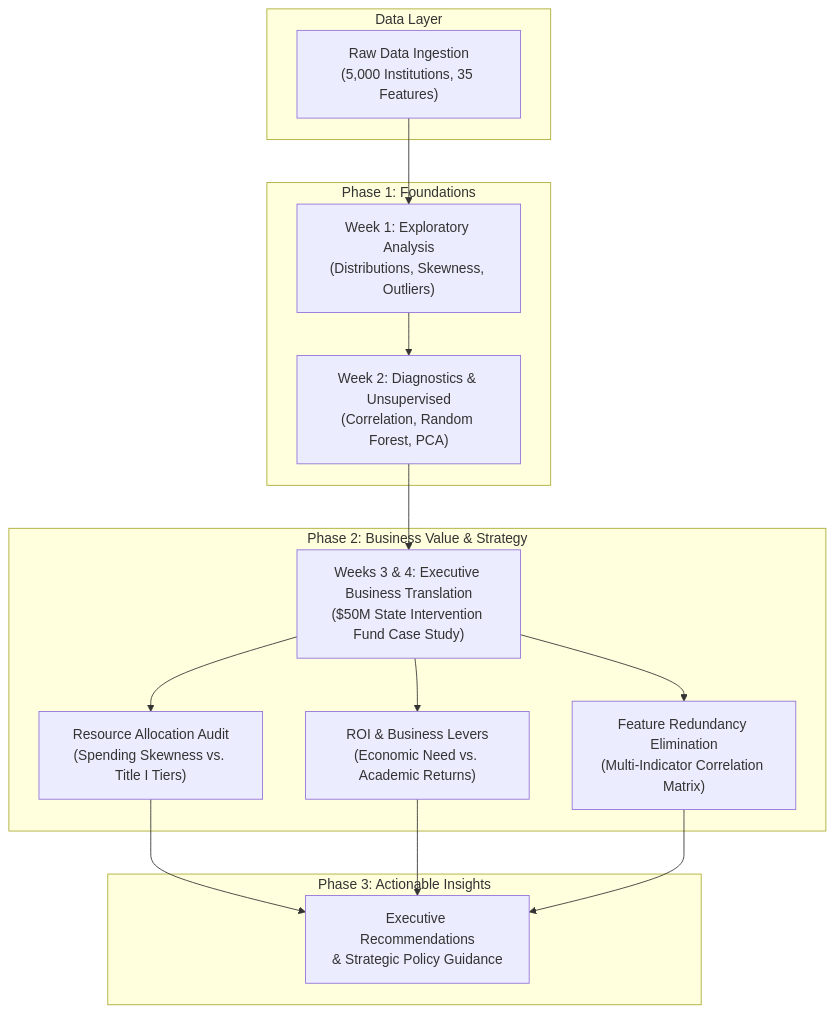
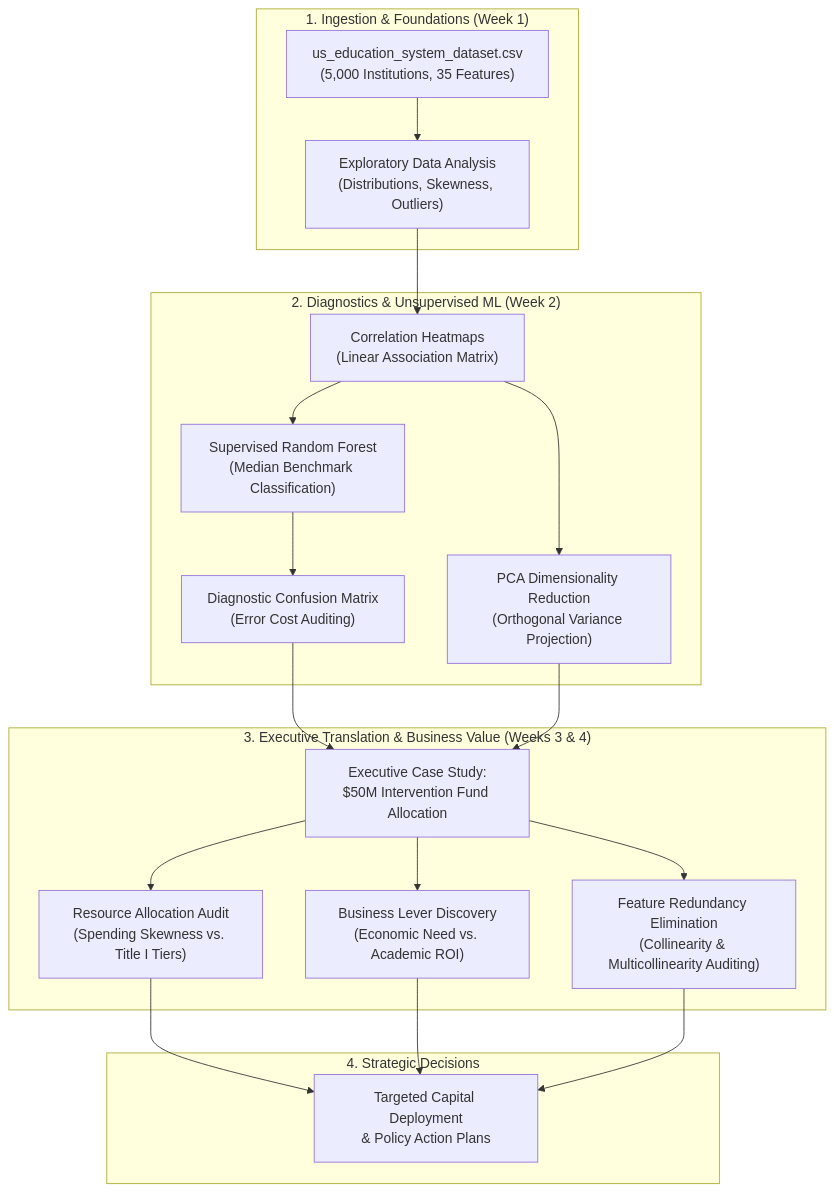
The first of 2 diagrams in README.md (Ecoplex82/Third_semester_Baraka_Altschool_2026), drawn with Mermaid before and after one commit. The commit also changed other lines of this file and 1 other file, not shown here.

````diff
--- a/README.md
+++ b/README.md
@@ -28,22 +31,34 @@
 ```mermaid
 flowchart TD
-    subgraph Data Layer
-        A["Raw Data Ingestion<br>(5,000 Institutions, 35 Features)"]
+    subgraph Layer1["1. Ingestion & Foundations (Week 1)"]
+        A["us_education_system_dataset.csv<br>(5,000 Institutions, 35 Features)"]
+        B["Exploratory Data Analysis<br>(Distributions, Skewness, Outliers)"]
+        A --> B
     end
 
-    subgraph Phase 1: Foundations
-        A --> B["Week 1: Exploratory Analysis<br>(Distributions, Skewness, Outliers)"]
-        B --> C["Week 2: Diagnostics & Unsupervised<br>(Correlation, Random Forest, PCA)"]
+    subgraph Layer2["2. Diagnostics & Unsupervised ML (Week 2)"]
+        C["Correlation Heatmaps<br>(Linear Association Matrix)"]
+        D["Supervised Random Forest<br>(Median Benchmark Classification)"]
+        E["Diagnostic Confusion Matrix<br>(Error Cost Auditing)"]
+        F["PCA Dimensionality Reduction<br>(Orthogonal Variance Projection)"]
+        B --> C
+        C --> D --> E
+        C --> F
     end
 
-    subgraph Phase 2: Business Value & Strategy
-        C --> D["Weeks 3 & 4: Executive Business Translation<br>($50M State Intervention Fund Case Study)"]
-        D --> E["Resource Allocation Audit<br>(Spending Skewness vs. Title I Tiers)"]
-        D --> F["ROI & Business Levers<br>(Economic Need vs. Academic Returns)"]
-        D --> G["Feature Redundancy Elimination<br>(Multi-Indicator Correlation Matrix)"]
+    subgraph Layer3["3. Executive Translation & Business Value (Weeks 3 & 4)"]
+        G["Executive Case Study:<br>$50M Intervention Fund Allocation"]
+        H["Resource Allocation Audit<br>(Spending Skewness vs. Title I Tiers)"]
+        I["Business Lever Discovery<br>(Economic Need vs. Academic ROI)"]
+        J["Feature Redundancy Elimination<br>(Collinearity & Multicollinearity Auditing)"]
+        E & F --> G
+        G --> H
+        G --> I
+        G --> J
     end
 
-    subgraph Phase 3: Actionable Insights
-        E & F & G --> H["Executive Recommendations<br>& Strategic Policy Guidance"]
+    subgraph Layer4["4. Strategic Decisions"]
+        K["Targeted Capital Deployment<br>& Policy Action Plans"]
+        H & I & J --> K
     end
 ```
````
